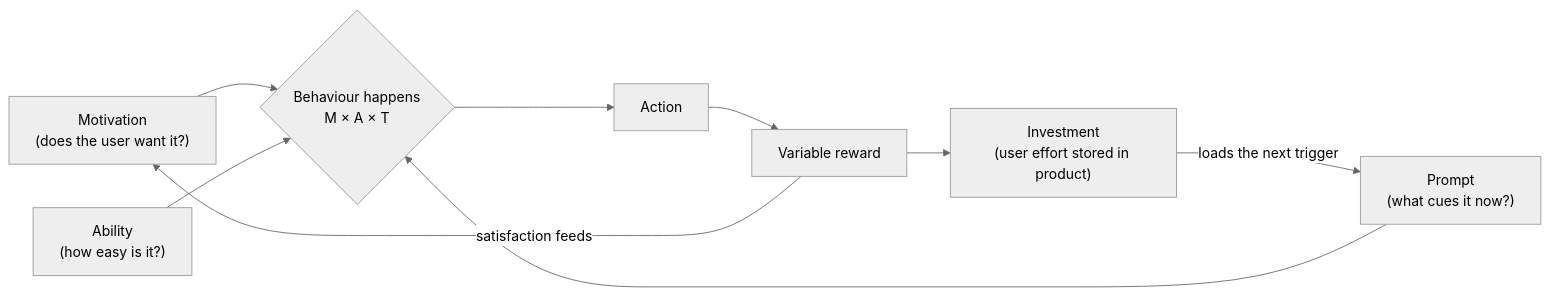
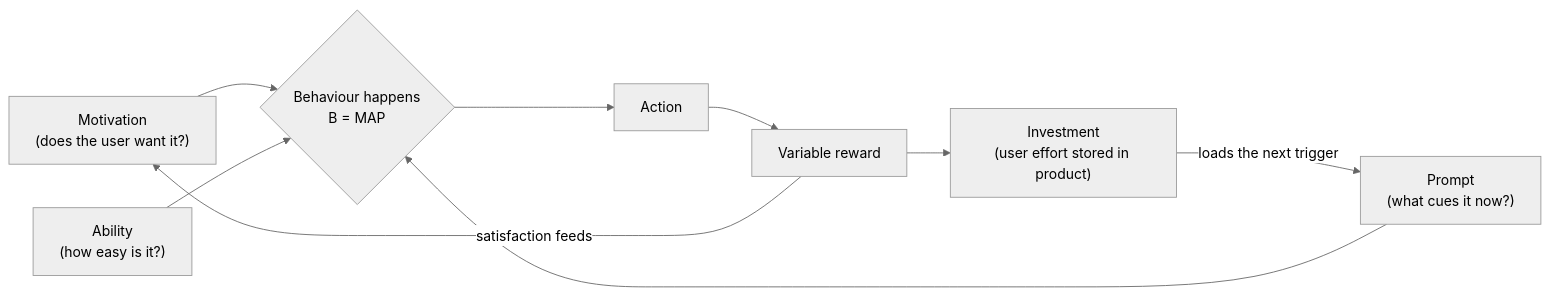
The diagram in product-sense/motivation-and-behaviour.md (aakashagg123/gatsby), drawn with Mermaid (neutral theme) before and after one commit. The commit also changed 5 other files, not shown here.

First line of the commit message:
product-sense: EU AI Act Art. 50 omnibus dates, AI-moderated interviews, B=MAP diagram fix (#194)

````diff
--- a/product-sense/motivation-and-behaviour.md
+++ b/product-sense/motivation-and-behaviour.md
@@ -34,11 +34,11 @@
 ```mermaid
 flowchart LR
-  M["Motivation<br/>(does the user want it?)"] --> B{"Behaviour happens<br/>M × A × T"}
+  M["Motivation<br/>(does the user want it?)"] --> B{"Behaviour happens<br/>B = MAP"}
   A["Ability<br/>(how easy is it?)"] --> B
   T["Prompt<br/>(what cues it now?)"] --> B
   B --> ACT["Action"]
   ACT --> RW["Variable reward"]
   RW --> INV["Investment<br/>(user effort stored in product)"]
   INV -->|"loads the next trigger"| T
   RW -->|"satisfaction feeds"| M
 ```
````
